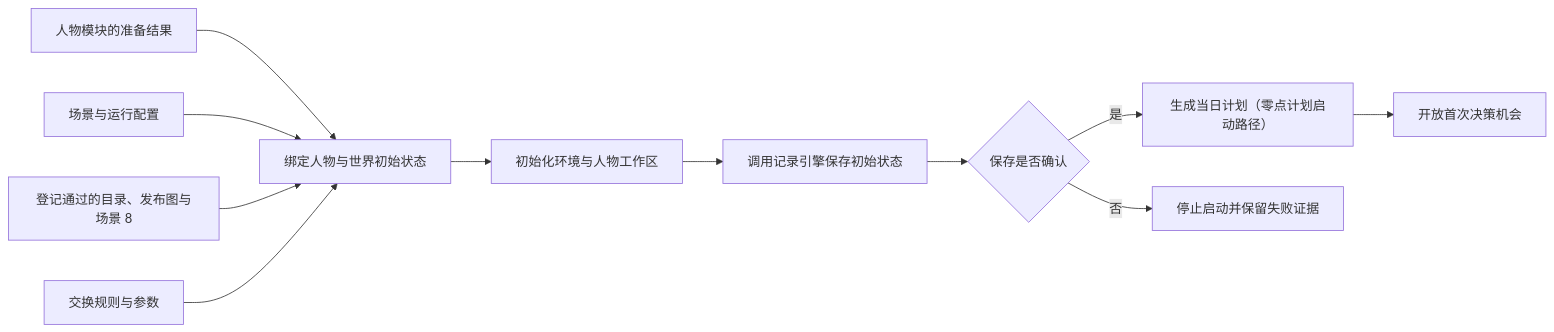
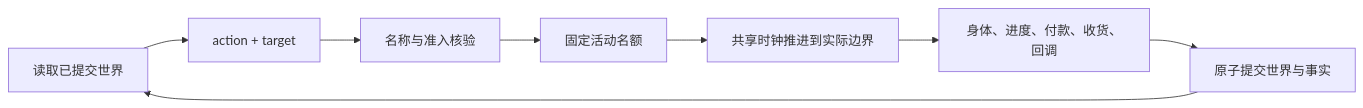
Before and after one commit to HoldThatThgt/WorldMock: the diagram in docs/design/04-simulation-engine.md, drawn with Mermaid. The commit also changed other lines of this file and 577 other files, not shown here.

````diff
--- a/docs/design/04-simulation-engine.md
+++ b/docs/design/04-simulation-engine.md
@@ -101,13 +11,10 @@
 ```mermaid
 flowchart LR
-    P[人物模块的准备结果] --> B[绑定人物与世界初始状态]
-    S[场景与运行配置] --> B
-    R[登记通过的目录、发布图与场景 8] --> B
-    X[交换规则与参数] --> B
-    B --> E[初始化环境与人物工作区]
-    E --> F[调用记录引擎保存初始状态]
-    F --> C{保存是否确认}
-    C -->|是| G[生成当日计划（零点计划启动路径）]
-    G --> A[开放首次决策机会]
-    C -->|否| STOP[停止启动并保留失败证据]
+    Observe[读取已提交世界] --> Request[action + target]
+    Request --> Admission[名称与准入核验]
+    Admission --> Slots[固定活动名额]
+    Slots --> Advance[共享时钟推进到实际边界]
+    Advance --> Settle[身体、进度、付款、收货、回调]
+    Settle --> Commit[原子提交世界与事实]
+    Commit --> Observe
 ```
````
